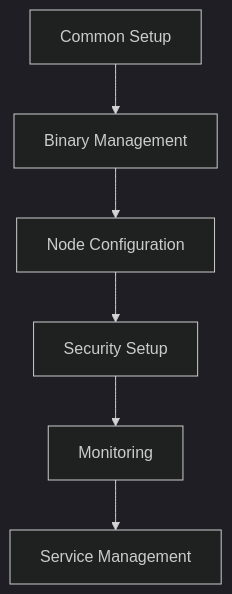
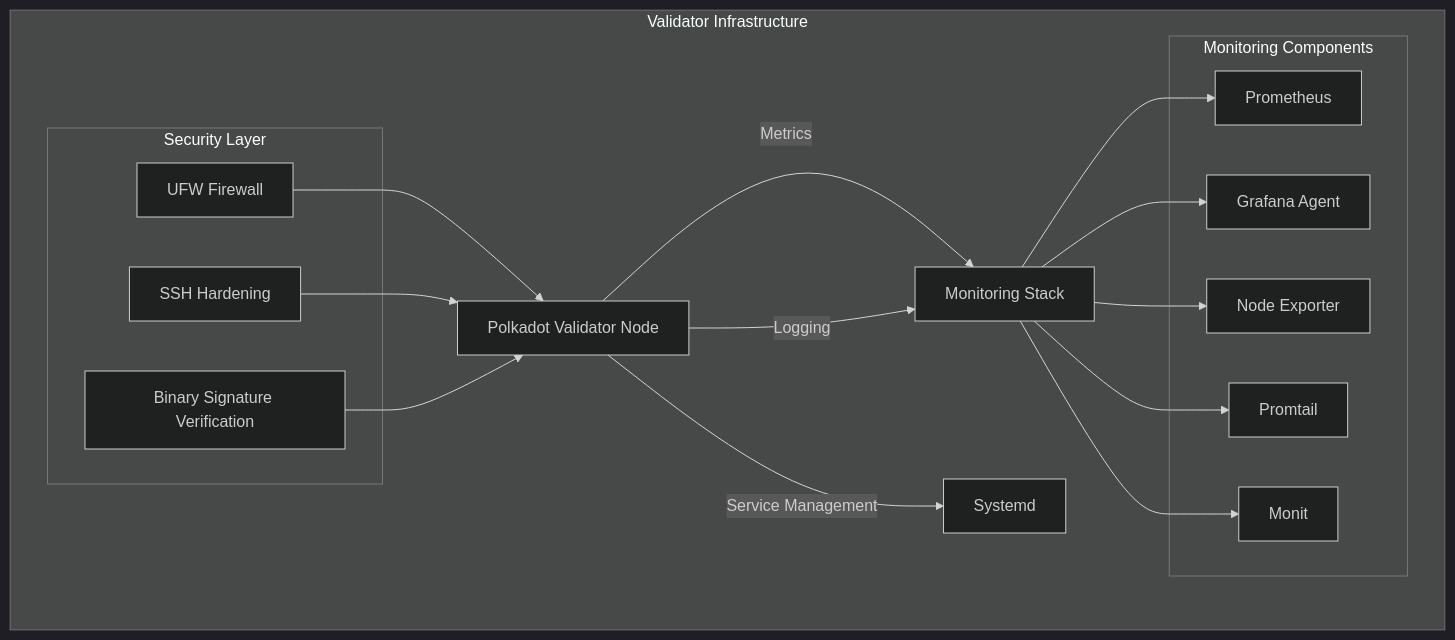
Before and after one commit to pampatzoglou/provision-validators: the first of 2 diagrams in README.md, drawn with Mermaid (dark theme). The commit also changed other lines of this file and 48 other files, not shown here.

````diff
--- a/README.md
+++ b/README.md
@@ -7,8 +9,32 @@
 ```mermaid
 graph TD
-    A[Common Setup] --> B[Binary Management]
-    B --> C[Node Configuration]
-    C --> D[Security Setup]
-    D --> E[Monitoring]
-    E --> F[Service Management]
+    subgraph Validator Infrastructure
+        A[Polkadot Validator Node] --> |Metrics| B[Monitoring Stack]
+        A --> |Logging| B
+        A --> |Service Management| C[Systemd]
+        
+        subgraph Security Layer
+            D[UFW Firewall]
+            E[SSH Hardening]
+            F[Binary Signature Verification]
+        end
+        
+        subgraph Monitoring Components
+            G[Prometheus]
+            H[Grafana Agent]
+            I[Node Exporter]
+            J[Promtail]
+            K[Monit]
+        end
+    end
+
+    B --> G
+    B --> H
+    B --> I
+    B --> J
+    B --> K
+
+    D --> A
+    E --> A
+    F --> A
 ```
````
